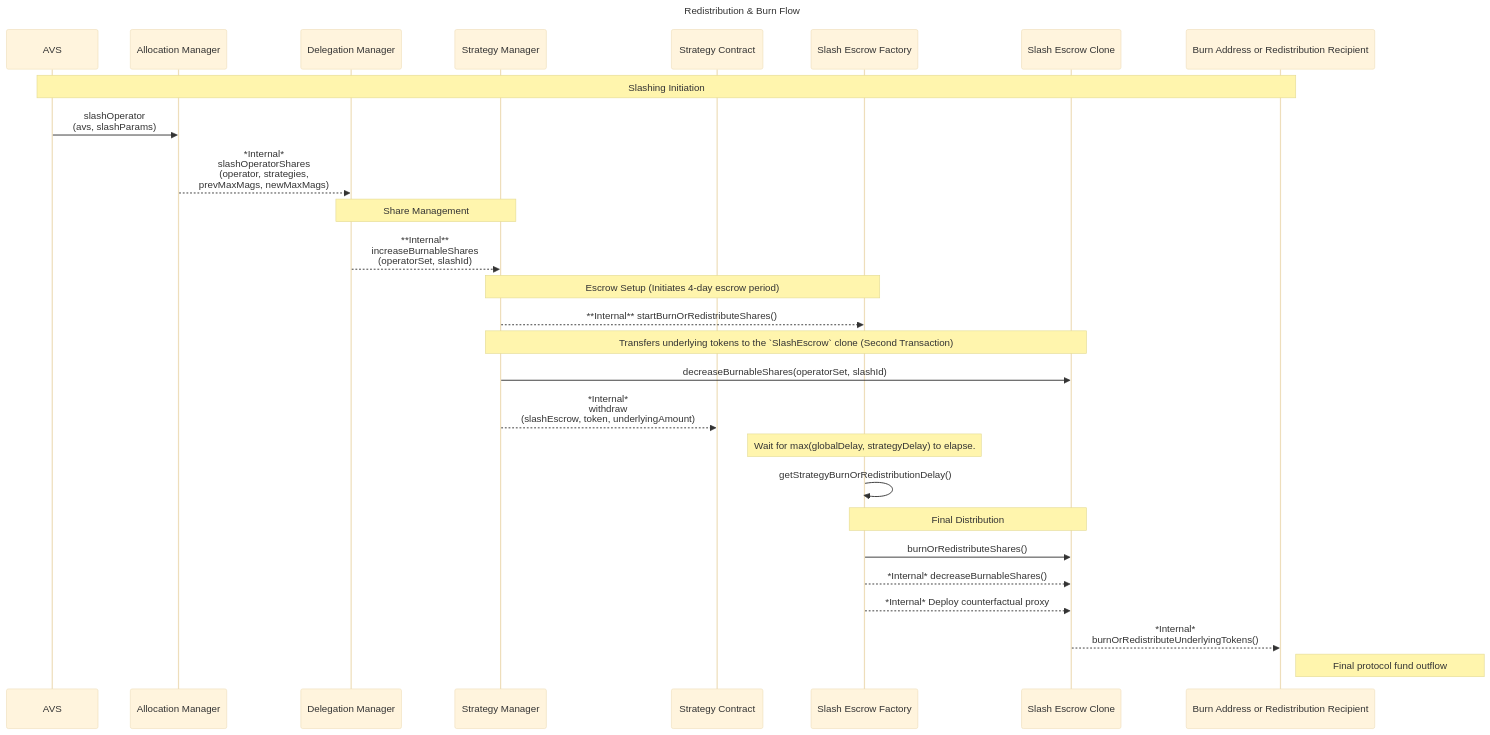
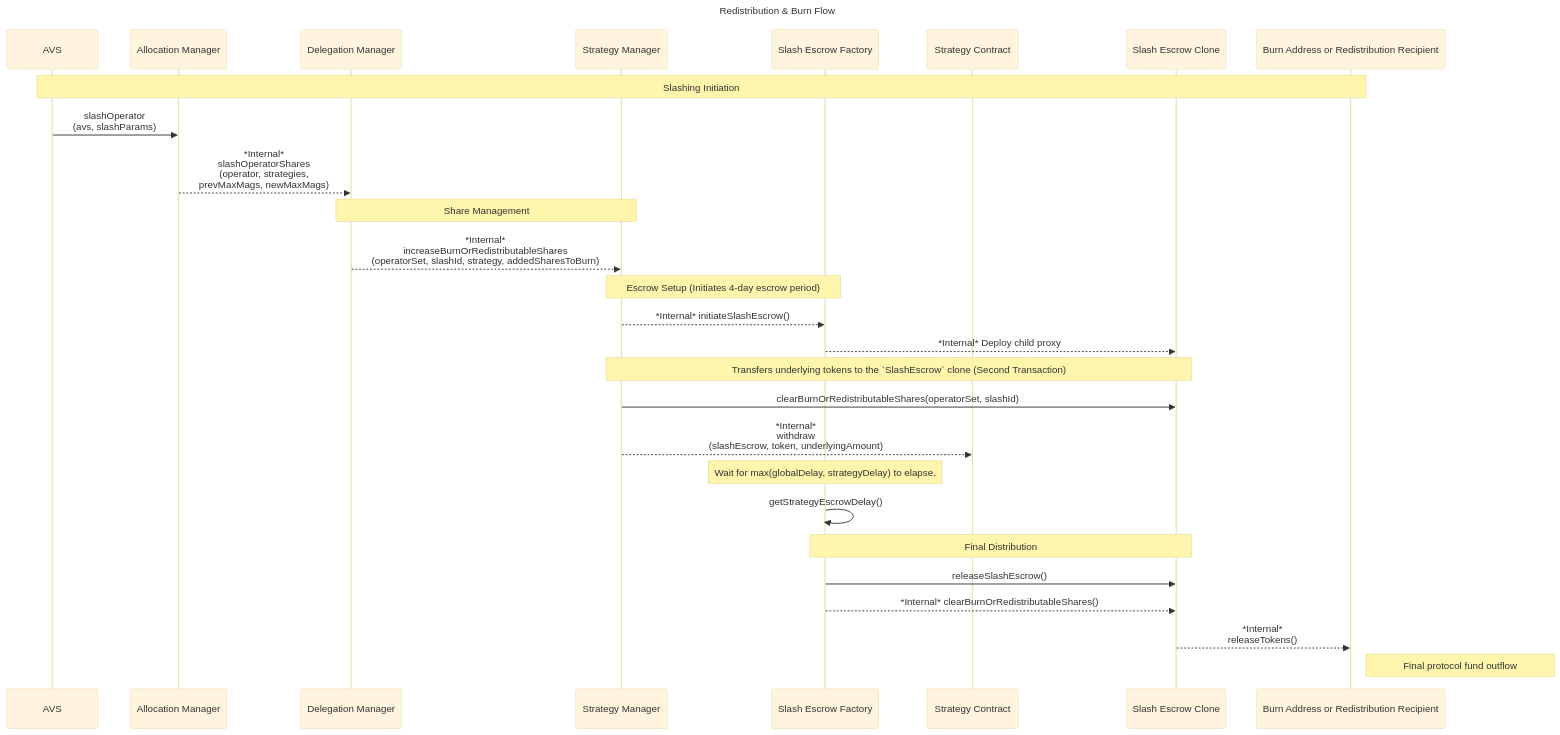
Before and after one commit to eigenfoundation/ELIPs: the diagram in ELIPs/ELIP-006.md, drawn with Mermaid (base theme). The commit also changed other lines of this file, not shown here.

````diff
--- a/ELIPs/ELIP-006.md
+++ b/ELIPs/ELIP-006.md
@@ -169,35 +222,35 @@
 ```mermaid
 sequenceDiagram
     title Redistribution & Burn Flow
 
     participant AVS as AVS
     participant ALM as Allocation Manager
     participant DM as Delegation Manager
     participant SM as Strategy Manager
+    participant SEF as Slash Escrow Factory
     participant STR as Strategy Contract
-    participant SEF as Slash Escrow Factory
     participant CL as Slash Escrow Clone
     participant BR as Burn Address or Redistribution Recipient
 
     Note over AVS,BR: Slashing Initiation
     AVS->>ALM: slashOperator<br>(avs, slashParams)
     ALM-->>DM: *Internal* <br>slashOperatorShares<br>(operator, strategies,<br> prevMaxMags, newMaxMags)
     Note over DM,SM: Share Management
-    DM-->>SM: **Internal**<br>increaseBurnableShares<br>(operatorSet, slashId)
+    DM-->>SM: *Internal*<br>increaseBurnOrRedistributableShares<br>(operatorSet, slashId, strategy, addedSharesToBurn)
     Note over SM,SEF: Escrow Setup (Initiates 4-day escrow period)
-    SM-->>SEF: **Internal** startBurnOrRedistributeShares()
+    SM-->>SEF: *Internal* initiateSlashEscrow()
+    SEF-->>CL: *Internal* Deploy child proxy
     
     Note over SM,CL: Transfers underlying tokens to the `SlashEscrow` clone (Second Transaction)
-    SM->>CL: decreaseBurnableShares(operatorSet, slashId)
+    SM->>CL: clearBurnOrRedistributableShares(operatorSet, slashId)
     SM-->>STR: *Internal*<br>withdraw<br>(slashEscrow, token, underlyingAmount)
     
     Note over SEF,SEF: Wait for max(globalDelay, strategyDelay) to elapse.
-    SEF->>SEF: getStrategyBurnOrRedistributionDelay()
+    SEF->>SEF: getStrategyEscrowDelay()
     
     Note over SEF,CL: Final Distribution
-    SEF->>CL: burnOrRedistributeShares()
-    SEF-->>CL: *Internal* decreaseBurnableShares()
-    SEF-->>CL: *Internal* Deploy counterfactual proxy
-    CL-->>BR: *Internal* <br>burnOrRedistributeUnderlyingTokens()
+    SEF->>CL: releaseSlashEscrow()
+    SEF-->>CL: *Internal* clearBurnOrRedistributableShares()
+    CL-->>BR: *Internal* <br>releaseTokens()
     Note right of BR: Final protocol fund outflow
 ```
````
